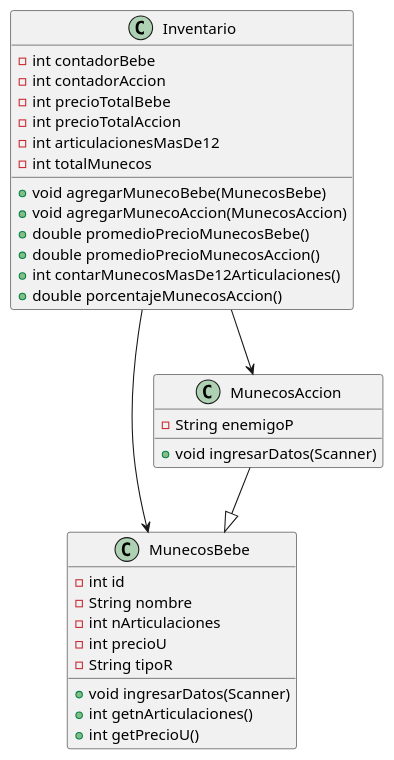
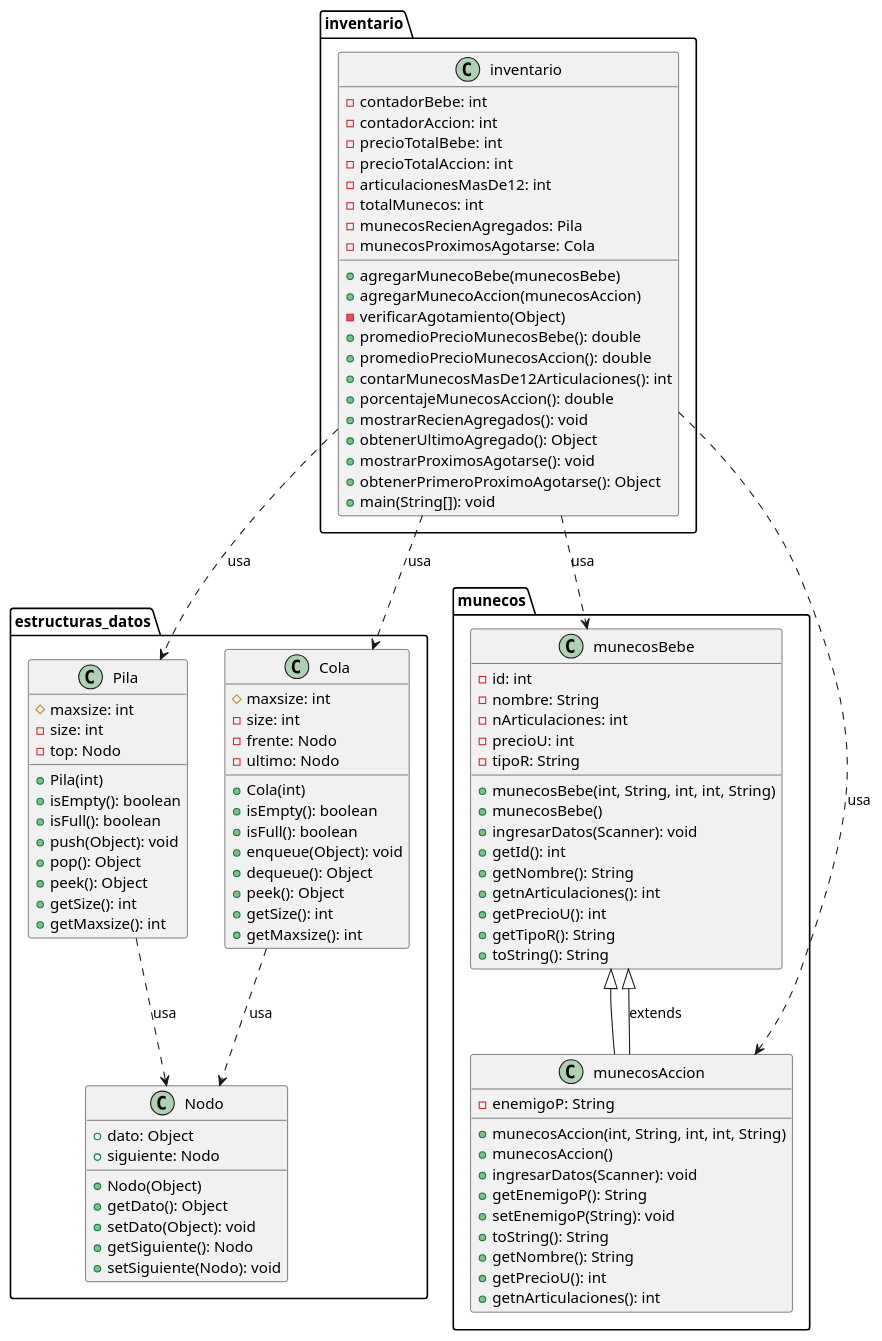
One commit to Ascencioncar/-YOUR-IF-YOU-PLAY-LTDA changed the diagram in secuencia.plantuml. Above: the diagram before and after it, drawn with PlantUML. The commit also changed 11 other files, not shown here.

```diff
--- a/secuencia.plantuml
+++ b/secuencia.plantuml
@@ -1,36 +1,108 @@
-@startuml your_if_you_play_LTDA
-class Inventario {
-    - int contadorBebe
-    - int contadorAccion
-    - int precioTotalBebe
-    - int precioTotalAccion
-    - int articulacionesMasDe12
-    - int totalMunecos
-    + void agregarMunecoBebe(MunecosBebe)
-    + void agregarMunecoAccion(MunecosAccion)
-    + double promedioPrecioMunecosBebe()
-    + double promedioPrecioMunecosAccion()
-    + int contarMunecosMasDe12Articulaciones()
-    + double porcentajeMunecosAccion()
+@startuml YOUR-IF-YOU-PLAY-LTDA
+
+package inventario {
+  class inventario {
+    - contadorBebe: int
+    - contadorAccion: int
+    - precioTotalBebe: int
+    - precioTotalAccion: int
+    - articulacionesMasDe12: int
+    - totalMunecos: int
+    - munecosRecienAgregados: Pila
+    - munecosProximosAgotarse: Cola
+    + agregarMunecoBebe(munecosBebe)
+    + agregarMunecoAccion(munecosAccion)
+    - verificarAgotamiento(Object)
+    + promedioPrecioMunecosBebe(): double
+    + promedioPrecioMunecosAccion(): double
+    + contarMunecosMasDe12Articulaciones(): int
+    + porcentajeMunecosAccion(): double
+    + mostrarRecienAgregados(): void
+    + obtenerUltimoAgregado(): Object
+    + mostrarProximosAgotarse(): void
+    + obtenerPrimeroProximoAgotarse(): Object
+    + main(String[]): void
+  }
 }
 
-class MunecosBebe {
-    - int id
-    - String nombre
-    - int nArticulaciones
-    - int precioU
-    - String tipoR
-    + void ingresarDatos(Scanner)
-    + int getnArticulaciones()
-    + int getPrecioU()
+package estructuras_datos {
+  class Pila {
+    # maxsize: int
+    - size: int
+    - top: Nodo
+    + Pila(int)
+    + isEmpty(): boolean
+    + isFull(): boolean
+    + push(Object): void
+    + pop(): Object
+    + peek(): Object
+    + getSize(): int
+    + getMaxsize(): int
+  }
+
+  class Cola {
+    # maxsize: int
+    - size: int
+    - frente: Nodo
+    - ultimo: Nodo
+    + Cola(int)
+    + isEmpty(): boolean
+    + isFull(): boolean
+    + enqueue(Object): void
+    + dequeue(): Object
+    + peek(): Object
+    + getSize(): int
+    + getMaxsize(): int
+  }
+
+  class Nodo {
+    + dato: Object
+    + siguiente: Nodo
+    + Nodo(Object)
+    + getDato(): Object
+    + setDato(Object): void
+    + getSiguiente(): Nodo
+    + setSiguiente(Nodo): void
+  }
 }
 
-class MunecosAccion {
-    - String enemigoP
-    + void ingresarDatos(Scanner)
+package munecos {
+  class munecosBebe {
+    - id: int
+    - nombre: String
+    - nArticulaciones: int
+    - precioU: int
+    - tipoR: String
+    + munecosBebe(int, String, int, int, String)
+    + munecosBebe()
+    + ingresarDatos(Scanner): void
+    + getId(): int
+    + getNombre(): String
+    + getnArticulaciones(): int
+    + getPrecioU(): int
+    + getTipoR(): String
+    + toString(): String
+  }
+
+  class munecosAccion extends munecosBebe {
+    - enemigoP: String
+    + munecosAccion(int, String, int, int, String)
+    + munecosAccion()
+    + ingresarDatos(Scanner): void
+    + getEnemigoP(): String
+    + setEnemigoP(String): void
+    + toString(): String
+    + getNombre(): String
+    + getPrecioU(): int
+    + getnArticulaciones(): int
+  }
 }
 
-Inventario --> MunecosBebe
-Inventario --> MunecosAccion
-MunecosAccion --|> MunecosBebe
+inventario.inventario ..> estructuras_datos.Pila : usa
+inventario.inventario ..> estructuras_datos.Cola : usa
+inventario.inventario ..> munecos.munecosBebe : usa
+inventario.inventario ..> munecos.munecosAccion : usa
+estructuras_datos.Pila ..> estructuras_datos.Nodo : usa
+estructuras_datos.Cola ..> estructuras_datos.Nodo : usa
+munecos.munecosAccion --|> munecos.munecosBebe : extends
 @enduml
```
